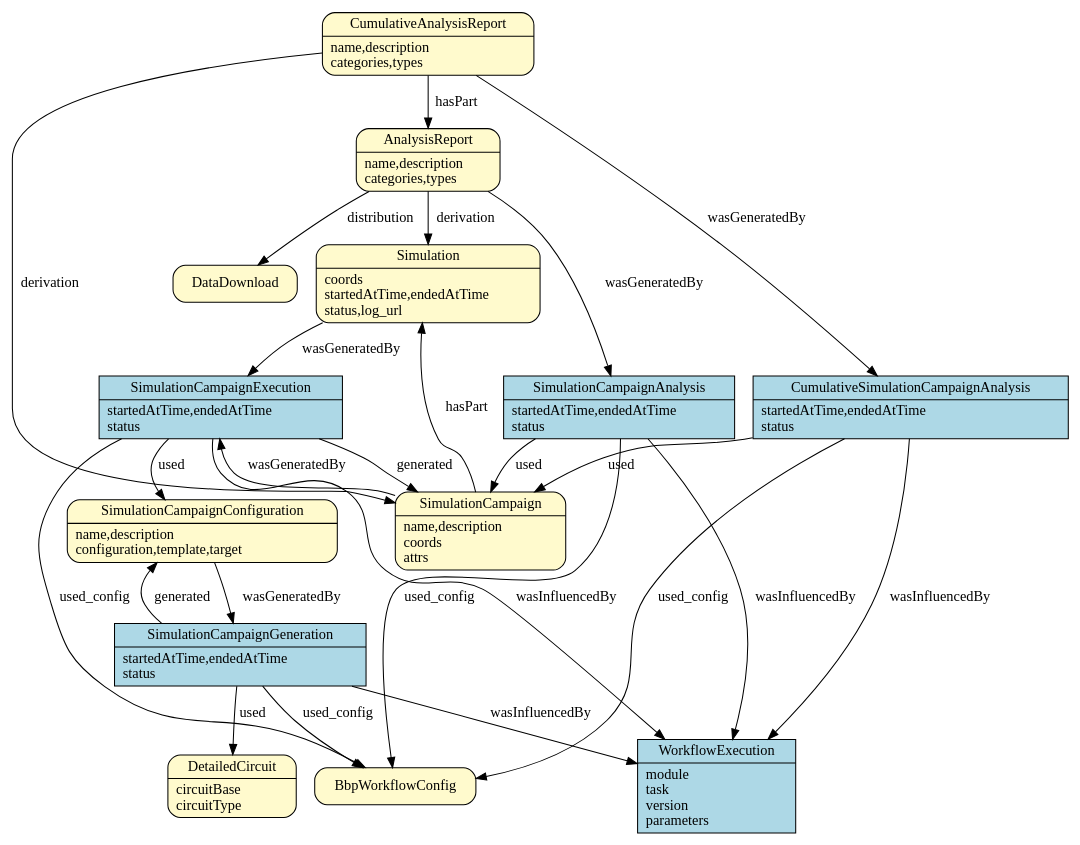
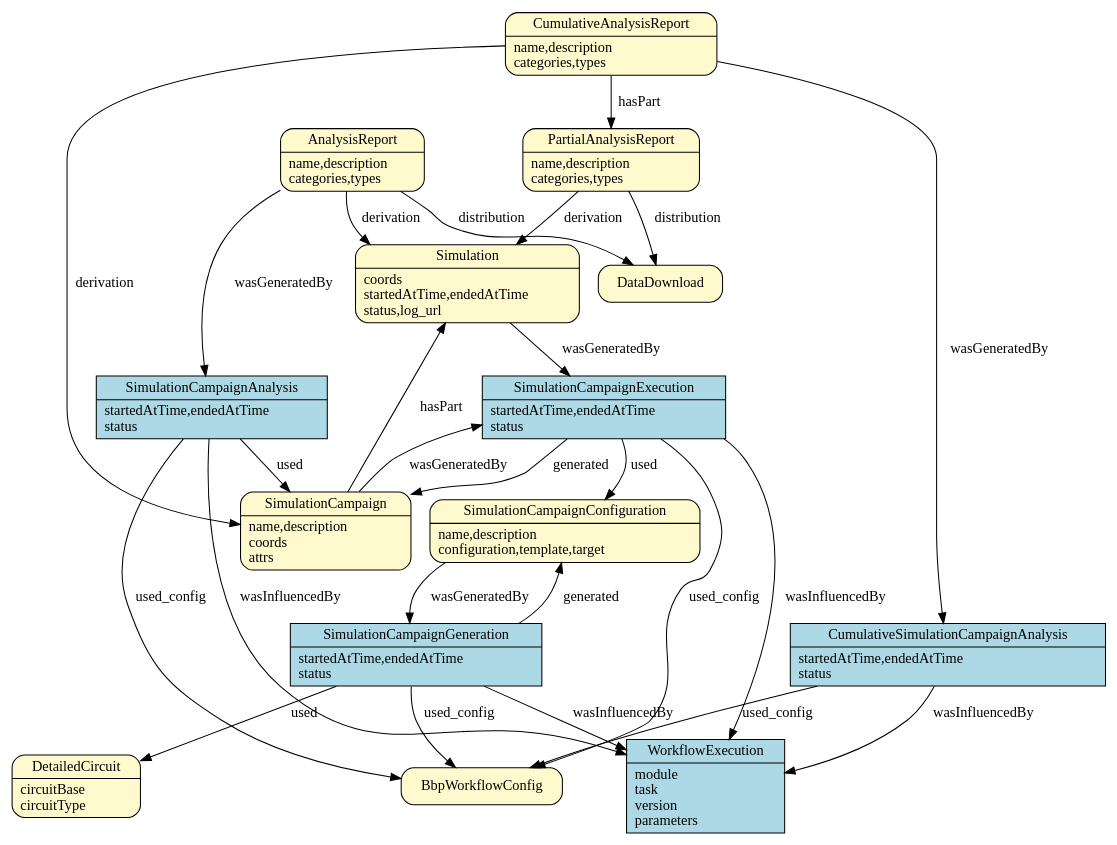
The fourth of 4 diagrams in doc/source/prov_patterns.rst (BlueBrain/entity-management), drawn with Graphviz before and after one commit.

Commit message:
Add PartialAnalysisReport

```diff
--- a/doc/source/prov_patterns.rst
+++ b/doc/source/prov_patterns.rst
@@ -149,6 +149,12 @@
             href = "../generated/entity_management.simulation.html#entity_management.simulation.AnalysisReport"
             target = "_top"
         ]
+        PartialAnalysisReport [
+            shape = Mrecord style = filled fillcolor = lemonchiffon
+            label = "{PartialAnalysisReport|name,description\lcategories,types\l}"
+            href = "../generated/entity_management.simulation.html#entity_management.simulation.PartialAnalysisReport"
+            target = "_top"
+        ]
         CumulativeAnalysisReport [
             shape = Mrecord style = filled fillcolor = lemonchiffon
             label = "{CumulativeAnalysisReport|name,description\lcategories,types\l}"
@@ -178,12 +184,13 @@
         SimulationCampaignAnalysis -> SimulationCampaign [label = "used"];
         SimulationCampaignAnalysis -> WorkflowExecution [label = "wasInfluencedBy"];
         CumulativeSimulationCampaignAnalysis -> BbpWorkflowConfig [label = "used_config"];
-        CumulativeSimulationCampaignAnalysis -> SimulationCampaign [label = "used"];
         CumulativeSimulationCampaignAnalysis -> WorkflowExecution [label = "wasInfluencedBy"];
         AnalysisReport -> Simulation [label = "derivation"];
         AnalysisReport -> SimulationCampaignAnalysis [label = "wasGeneratedBy"];
         AnalysisReport -> DataDownload [label = "distribution"];
+        PartialAnalysisReport -> Simulation [label = "derivation"];
+        PartialAnalysisReport -> DataDownload [label = "distribution"];
         CumulativeAnalysisReport -> SimulationCampaign [label = "derivation"];
         CumulativeAnalysisReport -> CumulativeSimulationCampaignAnalysis [label = "wasGeneratedBy"];
-        CumulativeAnalysisReport -> AnalysisReport [label = "hasPart"];
+        CumulativeAnalysisReport -> PartialAnalysisReport [label = "hasPart"];
     }
```
